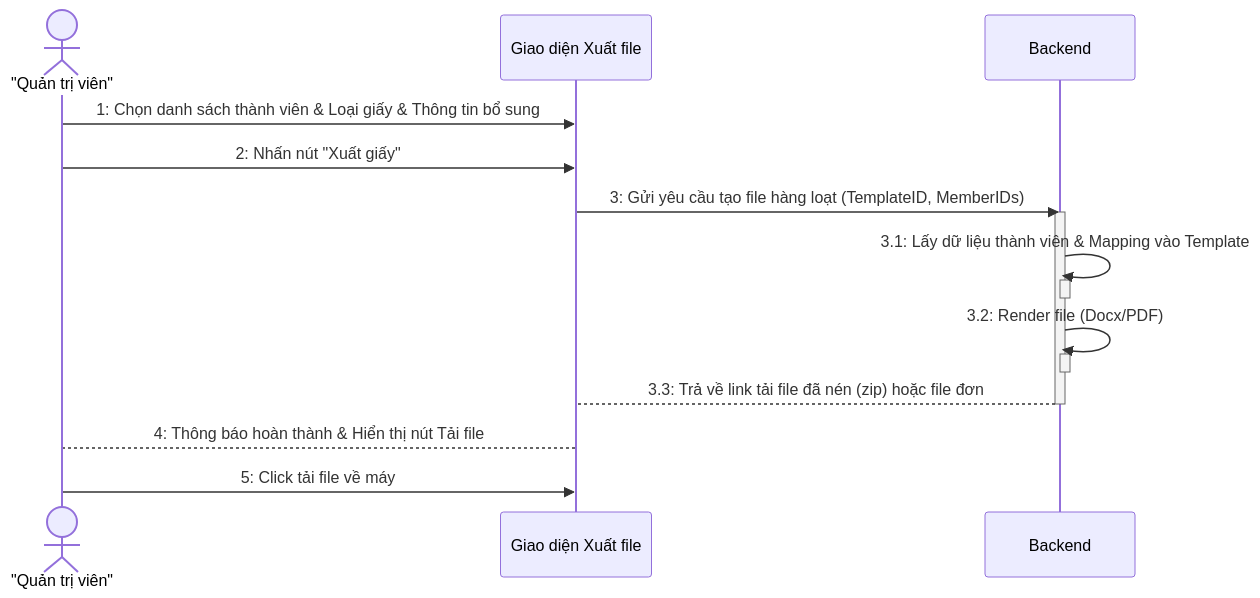
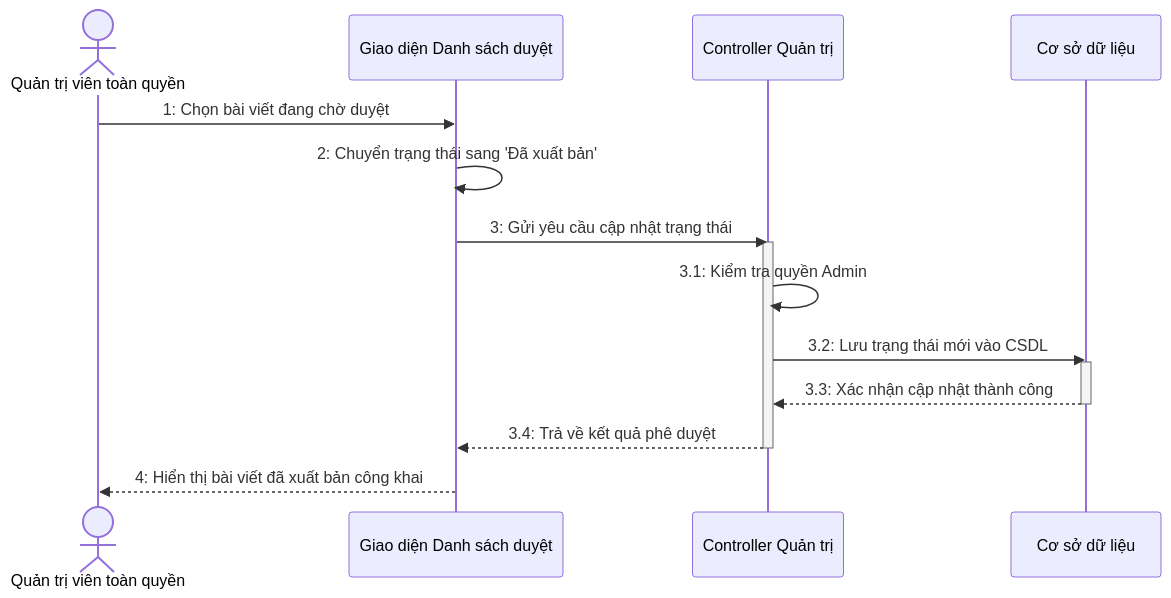
Before and after one commit to Trangkmt/lcd-website: the fifth of 12 diagrams in docs/Sequence_Diagrams.md, drawn with Mermaid. The commit also changed other lines of this file and 47 other files, not shown here.

````diff
--- a/docs/Sequence_Diagrams.md
+++ b/docs/Sequence_Diagrams.md
@@ -129,23 +175,22 @@
 ```mermaid
 sequenceDiagram
-    actor A as "Quản trị viên"
-    participant B as Giao diện Xuất file
-    participant BE as Backend
+    actor A as Quản trị viên toàn quyền
+    participant G as Giao diện Danh sách duyệt
+    participant C as Controller Quản trị
+    participant D as Cơ sở dữ liệu
     
-    A->>B: 1: Chọn danh sách thành viên & Loại giấy & Thông tin bổ sung
-    A->>B: 2: Nhấn nút "Xuất giấy"
+    A->>G: 1: Chọn bài viết đang chờ duyệt
+    G->>G: 2: Chuyển trạng thái sang 'Đã xuất bản'
     
-    B->>BE: 3: Gửi yêu cầu tạo file hàng loạt (TemplateID, MemberIDs)
-    activate BE
-    BE->>BE: 3.1: Lấy dữ liệu thành viên & Mapping vào Template
-    activate BE
-    deactivate BE
-    BE->>BE: 3.2: Render file (Docx/PDF)
-    activate BE
-    deactivate BE
-    BE-->B: 3.3: Trả về link tải file đã nén (zip) hoặc file đơn
-    deactivate BE
+    G->>C: 3: Gửi yêu cầu cập nhật trạng thái
+    activate C
+    C->>C: 3.1: Kiểm tra quyền Admin
+    C->>D: 3.2: Lưu trạng thái mới vào CSDL
+    activate D
+    D-->>C: 3.3: Xác nhận cập nhật thành công
+    deactivate D
+    C-->>G: 3.4: Trả về kết quả phê duyệt
+    deactivate C
     
-    B-->A: 4: Thông báo hoàn thành & Hiển thị nút Tải file
-    A->>B: 5: Click tải file về máy
+    G-->>A: 4: Hiển thị bài viết đã xuất bản công khai
 ```
````
